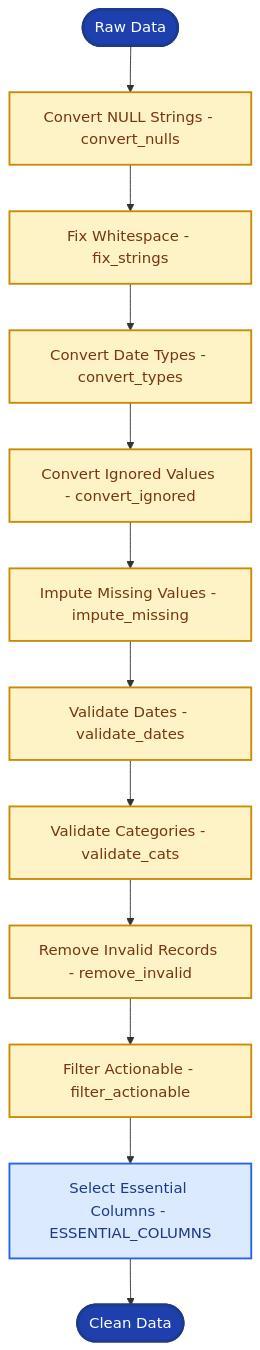
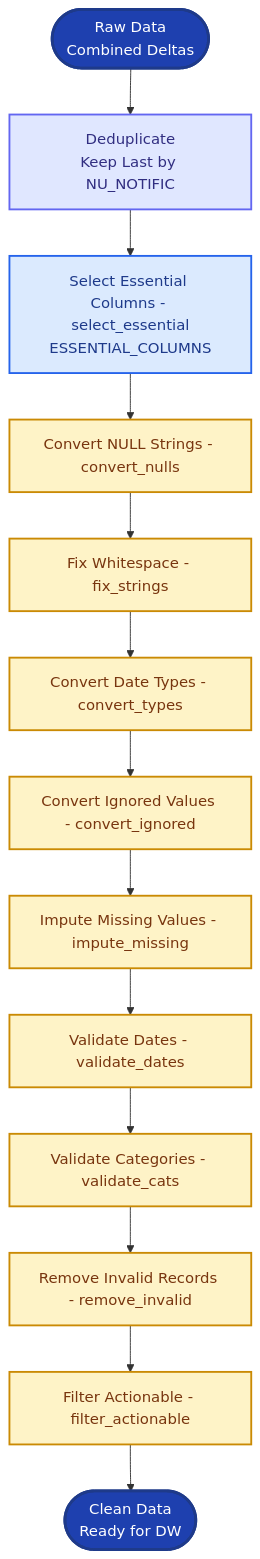
The third of 5 diagrams in src/elt/README.md (joaovargass/indicium-ai-engineering-certification), drawn with Mermaid before and after one commit. The commit also changed other lines of this file and 34 other files, not shown here.

````diff
--- a/src/elt/README.md
+++ b/src/elt/README.md
@@ -85,22 +90,25 @@
 ```mermaid
 flowchart TD
-    Start([Raw Data]) --> Step1["Convert NULL Strings - convert_nulls"]
+    Start([Raw Data<br/>Combined Deltas]) --> Deduplicate[Deduplicate<br/>Keep Last by NU_NOTIFIC]
+    Deduplicate --> Select["Select Essential Columns - select_essential<br/>ESSENTIAL_COLUMNS"]
+    Select --> Step1["Convert NULL Strings - convert_nulls"]
     Step1 --> Step2["Fix Whitespace - fix_strings"]
     Step2 --> Step3["Convert Date Types - convert_types"]
     Step3 --> Step4["Convert Ignored Values - convert_ignored"]
     Step4 --> Step5["Impute Missing Values - impute_missing"]
     Step5 --> Step6["Validate Dates - validate_dates"]
     Step6 --> Step7["Validate Categories - validate_cats"]
     Step7 --> Step8["Remove Invalid Records - remove_invalid"]
     Step8 --> Step9["Filter Actionable - filter_actionable"]
-    Step9 --> Select["Select Essential Columns - ESSENTIAL_COLUMNS"]
-    Select --> End([Clean Data])
+    Step9 --> End([Clean Data<br/>Ready for DW])
     
     classDef stepStyle fill:#fef3c7,stroke:#ca8a04,stroke-width:2px,color:#78350f
     classDef selectStyle fill:#dbeafe,stroke:#2563eb,stroke-width:2px,color:#1e3a8a
+    classDef dedupStyle fill:#e0e7ff,stroke:#6366f1,stroke-width:2px,color:#312e81
     classDef startEndStyle fill:#1e40af,stroke:#1e3a8a,stroke-width:3px,color:#fff
     
     class Step1,Step2,Step3,Step4,Step5,Step6,Step7,Step8,Step9 stepStyle
     class Select selectStyle
+    class Deduplicate dedupStyle
     class Start,End startEndStyle
 ```
````
